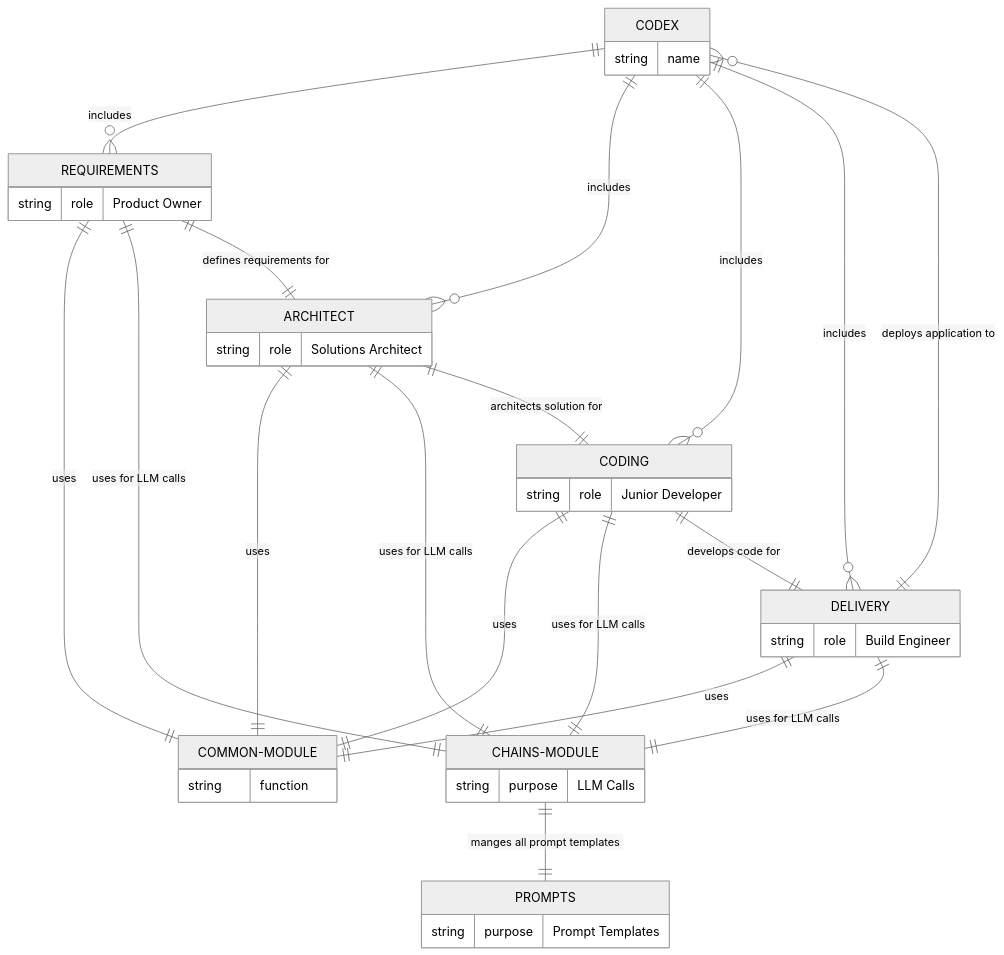
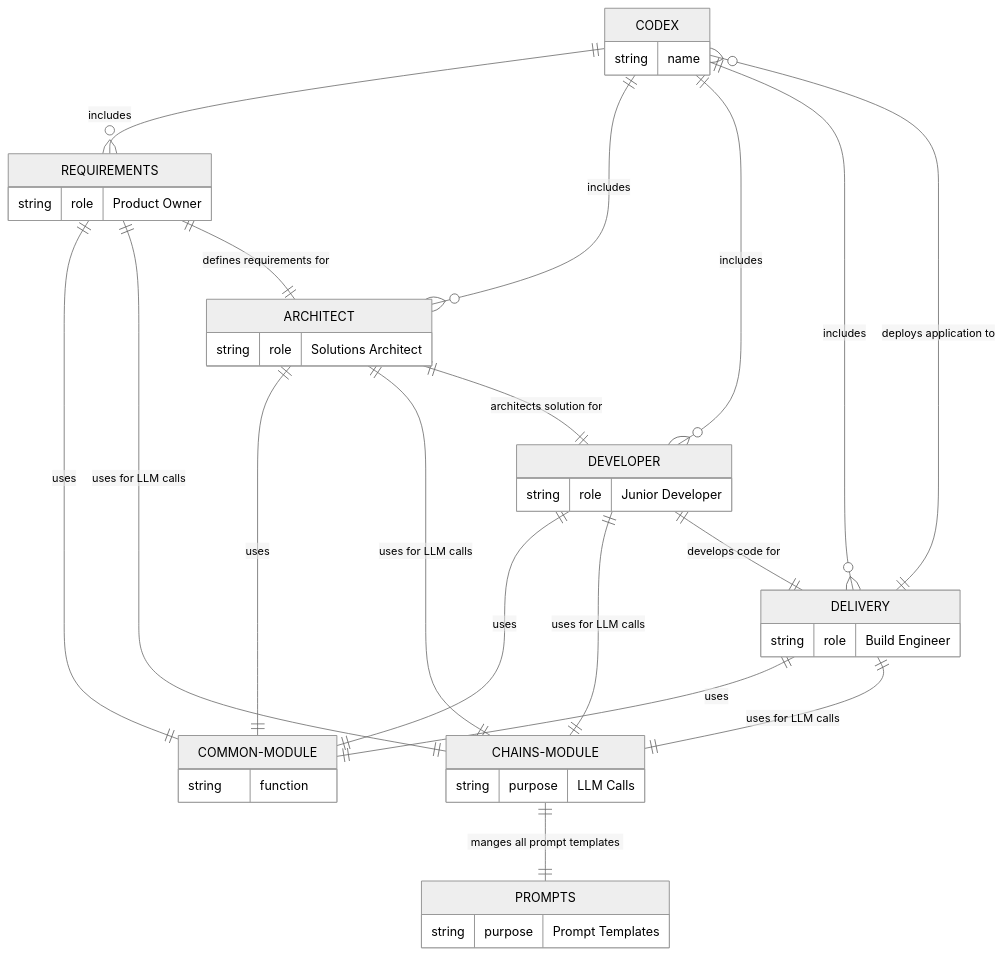
The first of 3 diagrams in README.md (Significant-Gravitas/AutoGPT-Code-Ability), drawn with Mermaid (neutral theme) before and after one commit. The commit also changed other lines of this file and 3 other files, not shown here.

Commit message:
renamed coding to developer

````diff
--- a/README.md
+++ b/README.md
@@ -31,46 +31,46 @@
 ```mermaid
 erDiagram
     CODEX ||--o{ REQUIREMENTS : includes
     CODEX ||--o{ ARCHITECT : includes
-    CODEX ||--o{ CODING : includes
+    CODEX ||--o{ DEVELOPER : includes
     CODEX ||--o{ DELIVERY : includes
     REQUIREMENTS ||--|| COMMON-MODULE : uses
     ARCHITECT ||--|| COMMON-MODULE : uses
-    CODING ||--|| COMMON-MODULE : uses
+    DEVELOPER ||--|| COMMON-MODULE : uses
     DELIVERY ||--|| COMMON-MODULE : uses
     REQUIREMENTS ||--|| CHAINS-MODULE : "uses for LLM calls"
     ARCHITECT ||--|| CHAINS-MODULE : "uses for LLM calls"
-    CODING ||--|| CHAINS-MODULE : "uses for LLM calls"
+    DEVELOPER ||--|| CHAINS-MODULE : "uses for LLM calls"
     DELIVERY ||--|| CHAINS-MODULE : "uses for LLM calls"
     REQUIREMENTS ||--|| ARCHITECT : "defines requirements for"
-    ARCHITECT ||--|| CODING : "architects solution for"
-    CODING ||--|| DELIVERY : "develops code for"
+    ARCHITECT ||--|| DEVELOPER : "architects solution for"
+    DEVELOPER ||--|| DELIVERY : "develops code for"
     DELIVERY ||--o{ CODEX : "deploys application to"
     CHAINS-MODULE ||--|| PROMPTS : "manges all prompt templates"
 
     CODEX {
         string name
     }
     REQUIREMENTS {
         string role "Product Owner"
     }
     ARCHITECT {
         string role "Solutions Architect"
     }
-    CODING {
+    DEVELOPER {
         string role "Junior Developer"
     }
     DELIVERY {
         string role "Build Engineer"
     }
     COMMON-MODULE {
         string function
     }
     CHAINS-MODULE {
         string purpose "LLM Calls"
     }
     PROMPTS {
         string purpose "Prompt Templates"
     }
 
 ```
````
